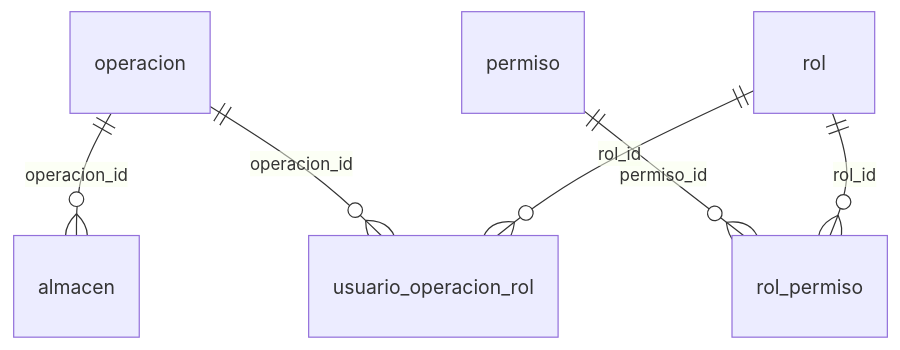
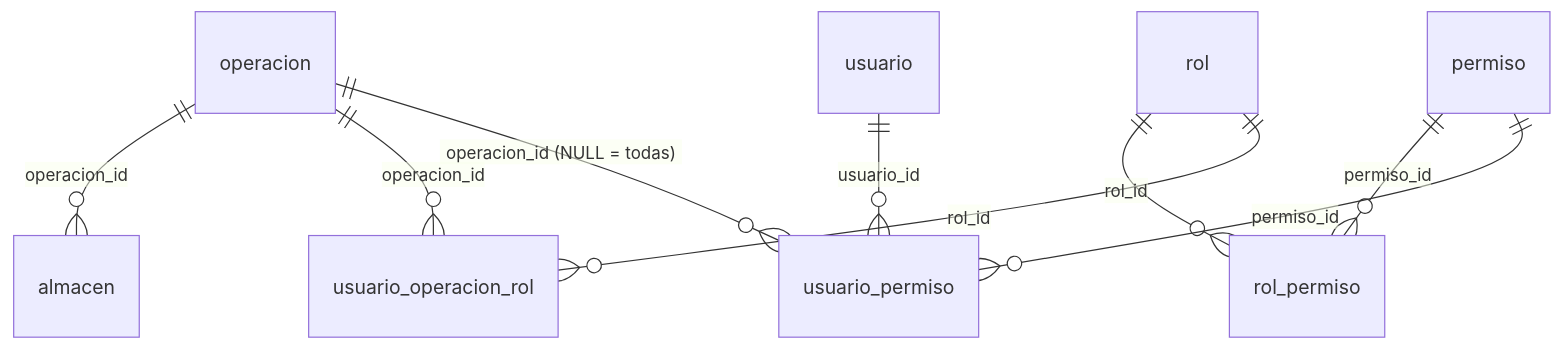
The first of 9 diagrams in docs/RELACIONES_BASE_DATOS.md (iomarramos/AppSistema), drawn with Mermaid before and after one commit. The commit also changed other lines of this file and 20 other files, not shown here.

````diff
--- a/docs/RELACIONES_BASE_DATOS.md
+++ b/docs/RELACIONES_BASE_DATOS.md
@@ -29,8 +29,11 @@
 ```mermaid
 erDiagram
     operacion ||--o{ almacen : "operacion_id"
     operacion ||--o{ usuario_operacion_rol : "operacion_id"
     permiso ||--o{ rol_permiso : "permiso_id"
     rol ||--o{ rol_permiso : "rol_id"
     rol ||--o{ usuario_operacion_rol : "rol_id"
+    usuario ||--o{ usuario_permiso : "usuario_id"
+    permiso ||--o{ usuario_permiso : "permiso_id"
+    operacion ||--o{ usuario_permiso : "operacion_id (NULL = todas)"
 ```
````
